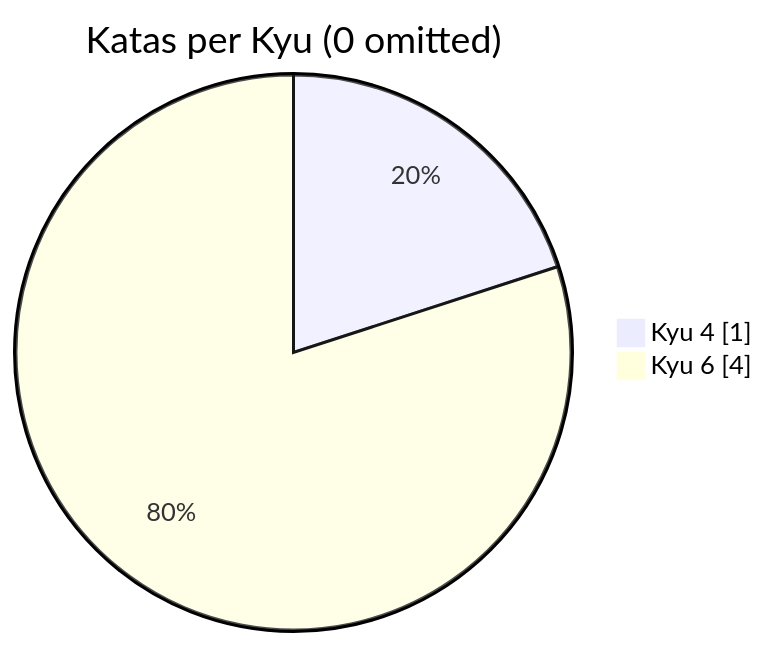
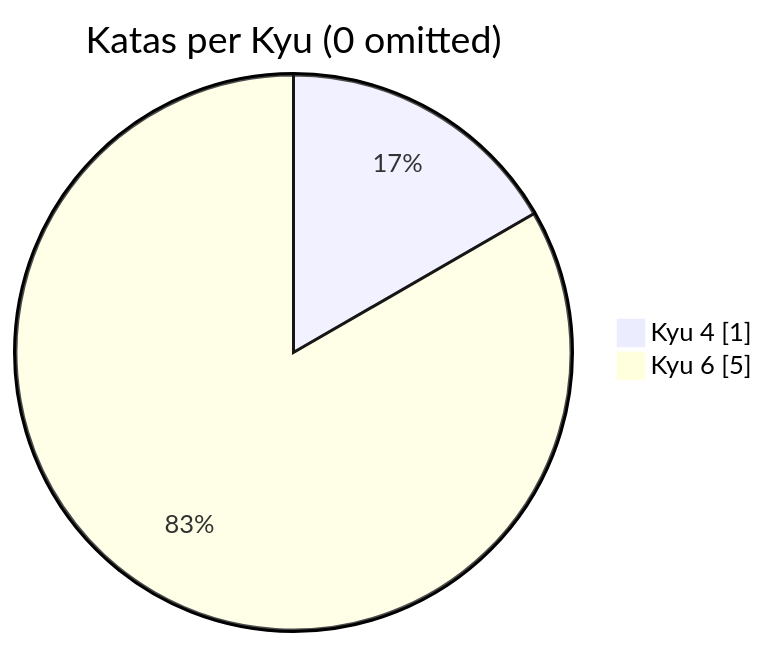
The diagram in README.md (eyyMinda/KataVault), drawn with Mermaid before and after one commit. The commit also changed other lines of this file, not shown here.

````diff
--- a/README.md
+++ b/README.md
@@ -21,6 +21,6 @@
 ```mermaid
 pie showData
     title Katas per Kyu (0 omitted)
 	"Kyu 4": 1
-	"Kyu 6": 4
+	"Kyu 6": 5
 ```
````
